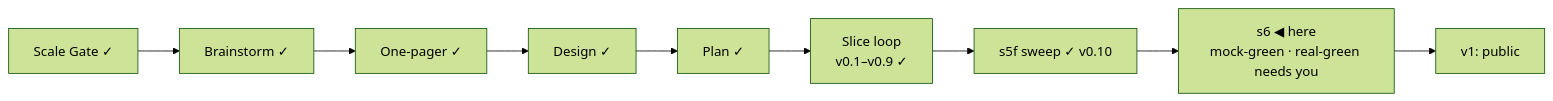
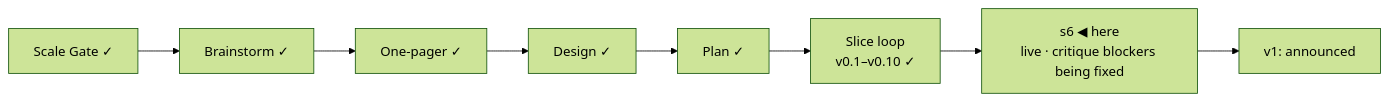
One commit to OytunOnal/permit-rulebook changed the diagram in STATUS.md. Above: the diagram before and after it, drawn with Mermaid (forest theme). The commit also changed other lines of this file, not shown here.

Commit message:
STATUS: rewritten as one screen - live site, the fix round in order, the human's checklist, the 48-hour lines

````diff
--- a/STATUS.md
+++ b/STATUS.md
@@ -11,8 +13,7 @@
 ```mermaid
 flowchart LR
     A[Scale Gate ✓] --> B[Brainstorm ✓] --> C[One-pager ✓] --> D[Design ✓] --> E[Plan ✓]
-    E --> F["Slice loop<br/>v0.1–v0.9 ✓"]
-    F --> S5F["s5f sweep ✓ v0.10"]
-    S5F --> G["s6 ◀ here<br/>mock-green · real-green needs you"]
-    G --> H[v1: public]
+    E --> F["Slice loop<br/>v0.1–v0.10 ✓"]
+    F --> G["s6 ◀ here<br/>live · critique blockers being fixed"]
+    G --> H[v1: announced]
 ```
````
